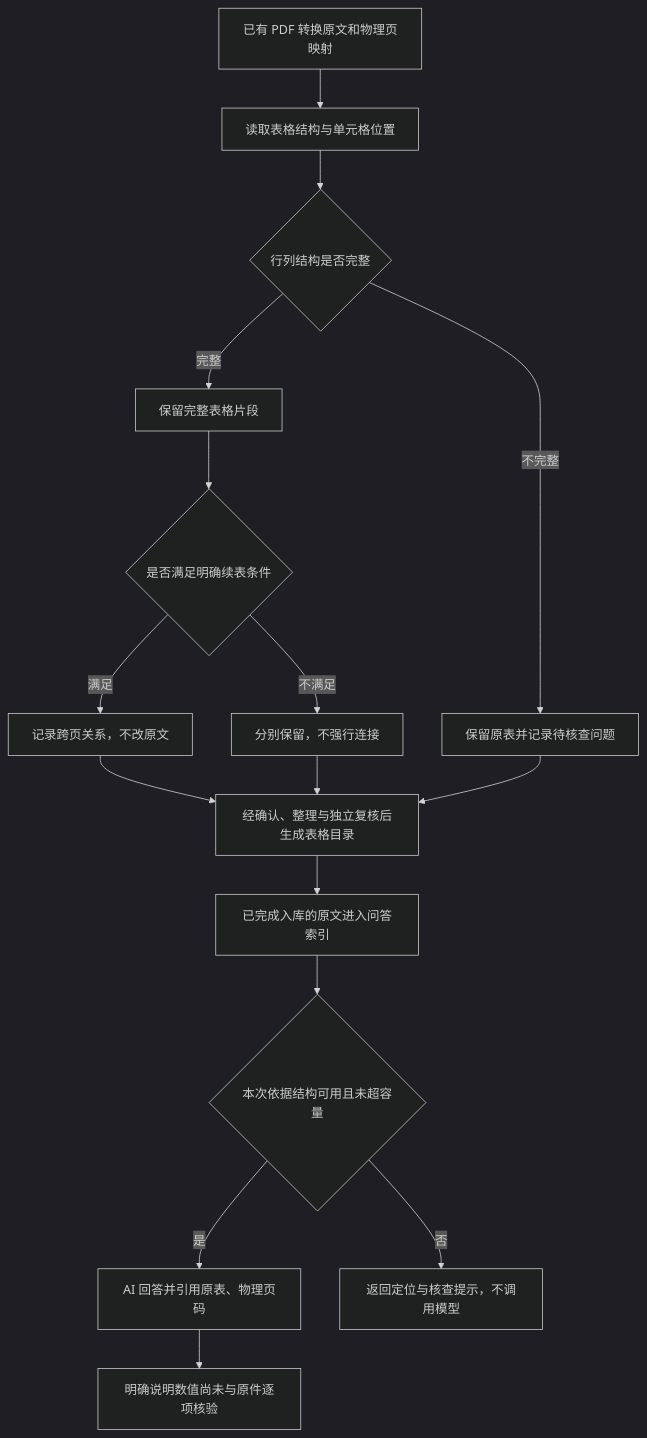
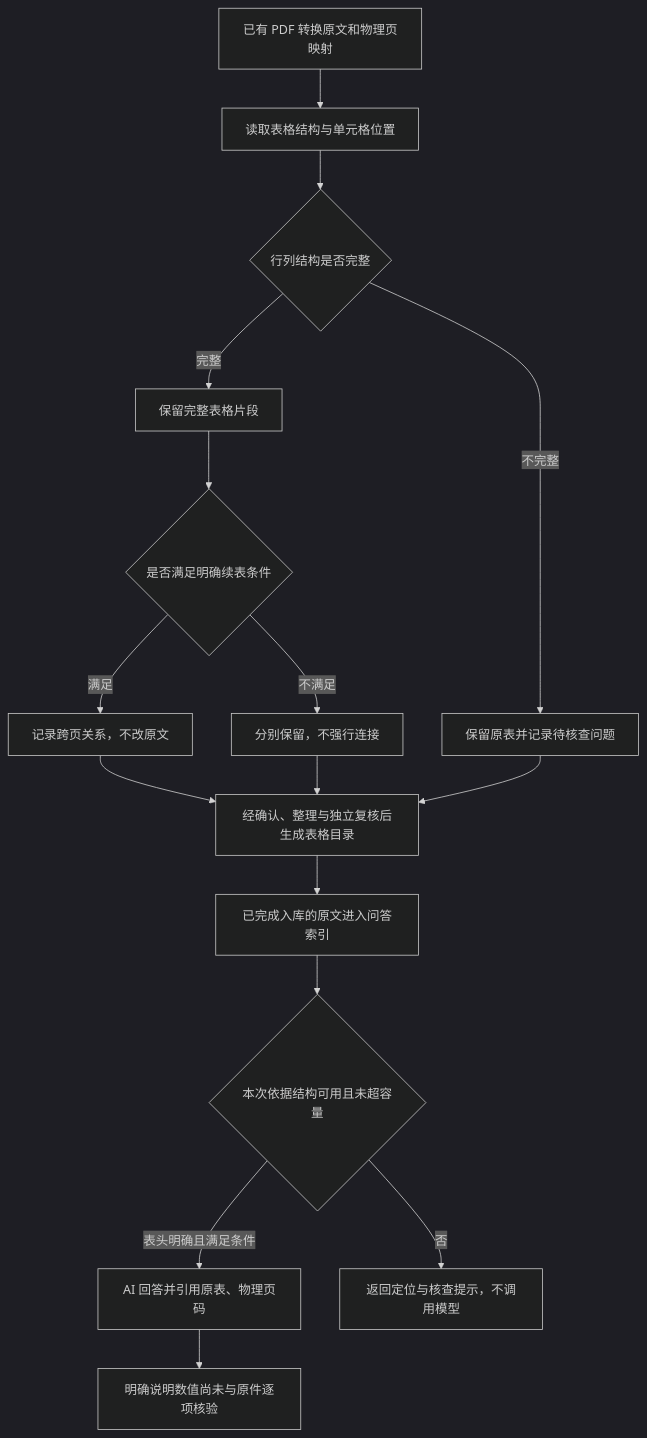
The diagram in docs/pdf-tables.md (Cdada/feishu-reading-kb), drawn with Mermaid (dark theme) before and after one commit. The commit also changed other lines of this file and 5 other files, not shown here.

````diff
--- a/docs/pdf-tables.md
+++ b/docs/pdf-tables.md
@@ -19,18 +19,18 @@
 ```mermaid
 flowchart TD
     A[已有 PDF 转换原文和物理页映射] --> B[读取表格结构与单元格位置]
     B --> C{行列结构是否完整}
     C -->|完整| D[保留完整表格片段]
     C -->|不完整| E[保留原表并记录待核查问题]
     D --> F{是否满足明确续表条件}
     F -->|满足| G[记录跨页关系，不改原文]
     F -->|不满足| H[分别保留，不强行连接]
     G --> I[经确认、整理与独立复核后生成表格目录]
     H --> I
     E --> I
     I --> J[已完成入库的原文进入问答索引]
     J --> K{本次依据结构可用且未超容量}
-    K -->|是| L[AI 回答并引用原表、物理页码]
+    K -->|表头明确且满足条件| L[AI 回答并引用原表、物理页码]
     K -->|否| M[返回定位与核查提示，不调用模型]
     L --> N[明确说明数值尚未与原件逐项核验]
 ```
````
